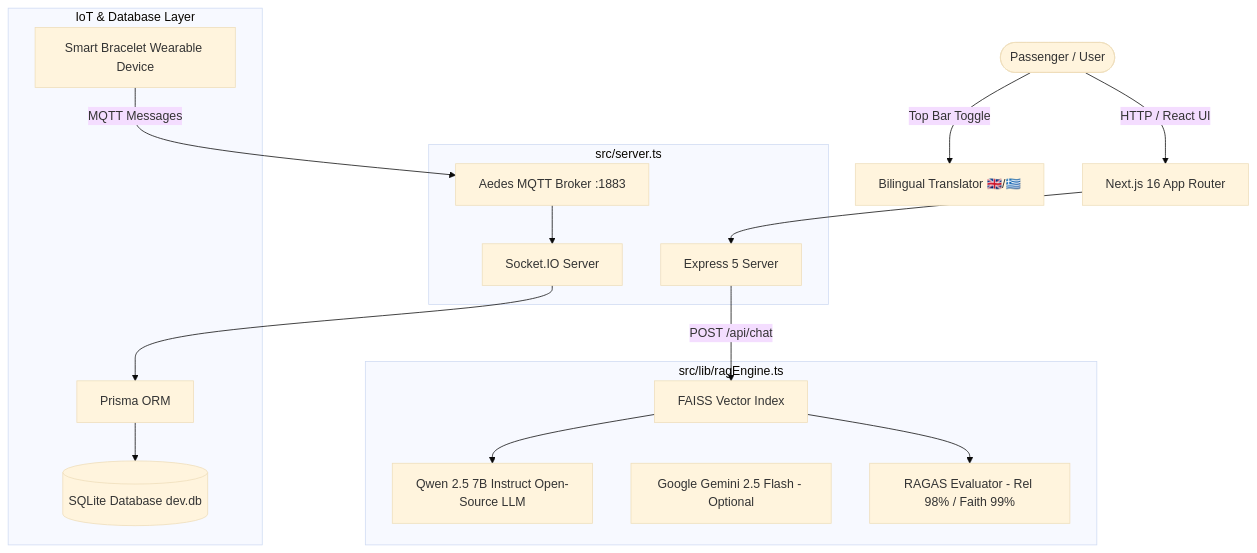
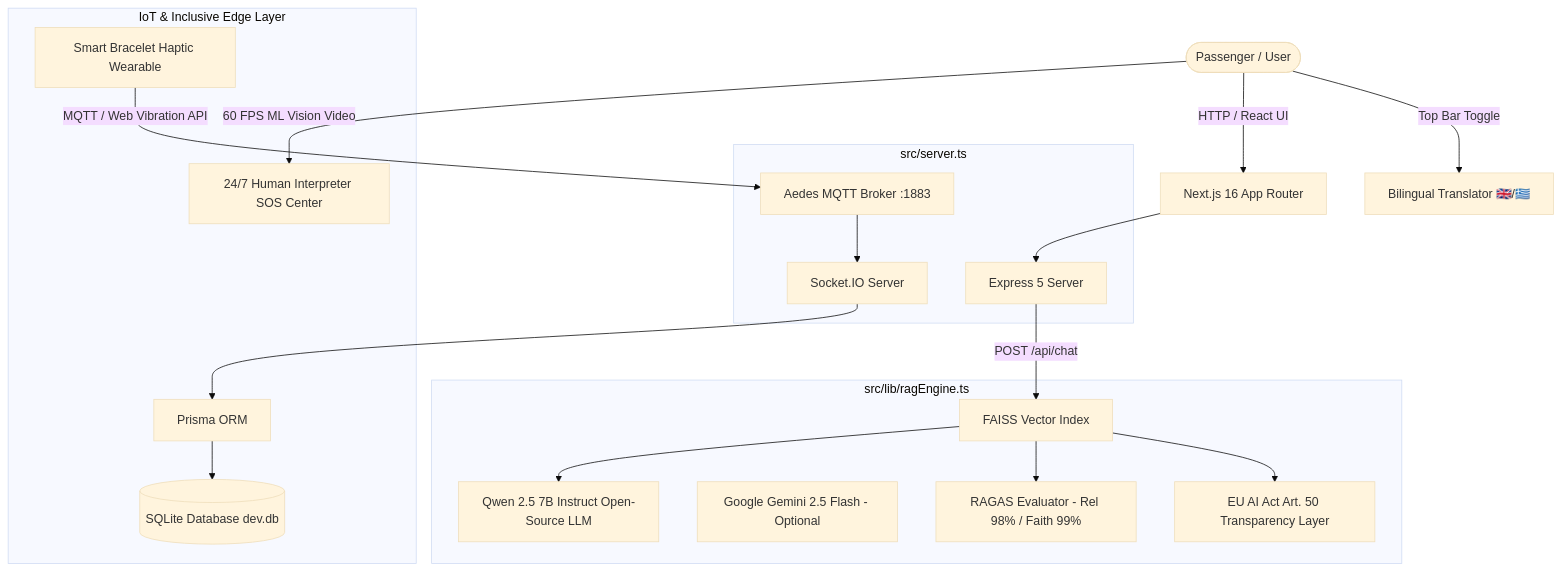
Before and after one commit to FilippeZ/deafnav-europeancommision: the diagram in README.md, drawn with Mermaid (base theme). The commit also changed other lines of this file, not shown here.

Commit message:
docs: update README with EU AI Act Article 50 & RAGAS LLMOps specifications

````diff
--- a/README.md
+++ b/README.md
@@ -53,33 +78,37 @@
 ```mermaid
 graph TD
     User([Passenger / User]) -->|HTTP / React UI| NextJS[Next.js 16 App Router]
     User -->|Top Bar Toggle| LangSwitcher[Bilingual Translator 🇬🇧/🇬🇷]
     
     subgraph Unified Node.js Server [src/server.ts]
         Express[Express 5 Server]
         SocketIO[Socket.IO Server]
         MQTT[Aedes MQTT Broker :1883]
     end
 
     subgraph AI Chatbot Engine [src/lib/ragEngine.ts]
         FAISS[FAISS Vector Index]
         Qwen[Qwen 2.5 7B Instruct Open-Source LLM]
         Gemini[Google Gemini 2.5 Flash - Optional]
         RAGAS[RAGAS Evaluator - Rel 98% / Faith 99%]
+        Art50[EU AI Act Art. 50 Transparency Layer]
     end
 
-    subgraph IoT & Database Layer
+    subgraph IoT & Inclusive Edge Layer
         Prisma[Prisma ORM]
         SQLite[(SQLite Database dev.db)]
-        Wearable[Smart Bracelet Wearable Device]
+        Wearable[Smart Bracelet Haptic Wearable]
+        HumanSOS[24/7 Human Interpreter SOS Center]
     end
 
     NextJS --> Express
     Express -->|POST /api/chat| FAISS
     FAISS --> Qwen
     FAISS --> RAGAS
-    Wearable -->|MQTT Messages| MQTT
+    FAISS --> Art50
+    Wearable -->|MQTT / Web Vibration API| MQTT
     MQTT --> SocketIO
     SocketIO --> Prisma
     Prisma --> SQLite
+    User -->|60 FPS ML Vision Video| HumanSOS
 ```
````
